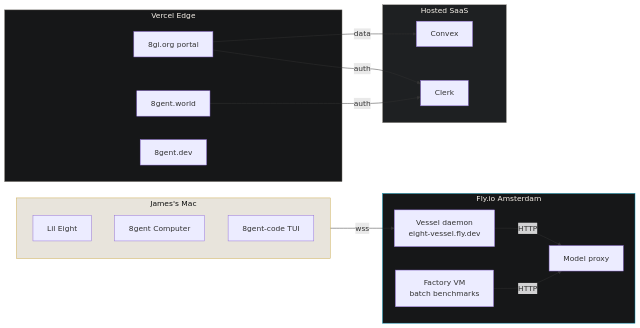
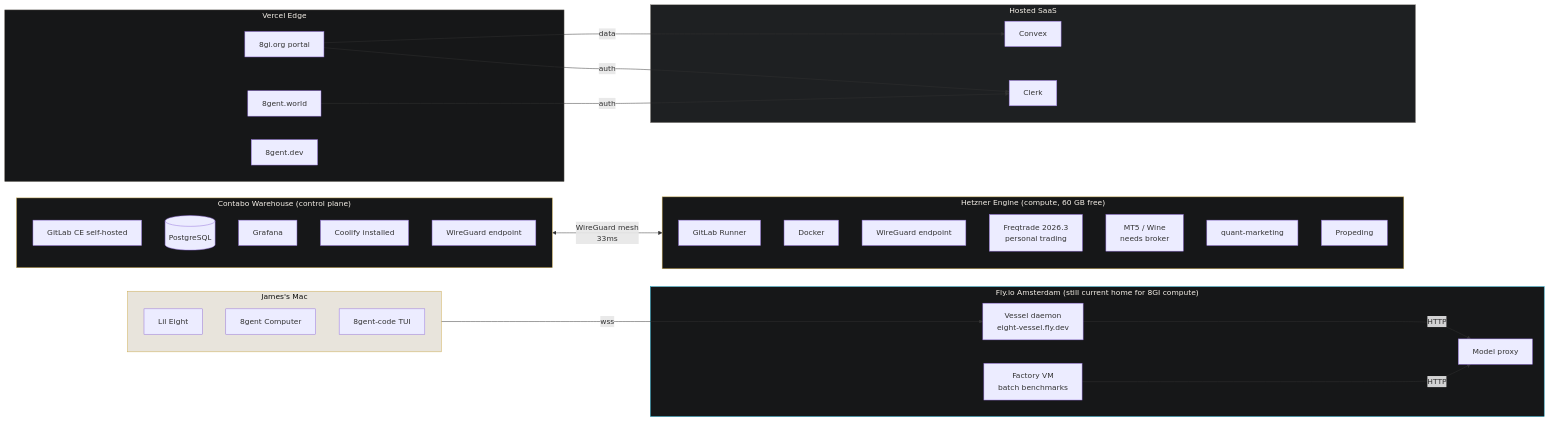
The first of 5 diagrams in docs/prd/hetzner-coolify-migration.md (8gi-foundation/8gent-code), drawn with Mermaid before and after one commit. The commit also changed other lines of this file, not shown here.

First line of the commit message:
docs(prd): Hetzner plan v3 - corrected current state, proprietary-centric, business model

````diff
--- a/docs/prd/hetzner-coolify-migration.md
+++ b/docs/prd/hetzner-coolify-migration.md
@@ -82,38 +109,65 @@
 ```mermaid
 flowchart LR
   subgraph Mac["James's Mac"]
     LE[Lil Eight]
     GC[8gent Computer]
     TUI[8gent-code TUI]
   end
-  subgraph Fly["Fly.io Amsterdam"]
+
+  subgraph Contabo["Contabo Warehouse (control plane)"]
+    direction TB
+    GL[GitLab CE self-hosted]
+    PG[(PostgreSQL)]
+    GRF[Grafana]
+    COO[Coolify installed]
+    WG1[WireGuard endpoint]
+  end
+
+  subgraph Hetz["Hetzner Engine (compute, 60 GB free)"]
+    direction TB
+    GLR[GitLab Runner]
+    DKR[Docker]
+    WG2[WireGuard endpoint]
+    FRQ[Freqtrade 2026.3<br/>personal trading]
+    MT5[MT5 / Wine<br/>needs broker]
+    QM[quant-marketing]
+    PRP[Propeding]
+  end
+
+  subgraph Fly["Fly.io Amsterdam (still current home for 8GI compute)"]
     V[Vessel daemon<br/>eight-vessel.fly.dev]
     F[Factory VM<br/>batch benchmarks]
     MP1[Model proxy]
   end
+
   subgraph Vercel["Vercel Edge"]
     W[8gent.world]
     P[8gi.org portal]
     D[8gent.dev]
   end
+
   subgraph SaaS["Hosted SaaS"]
     CX[Convex]
     CL[Clerk]
   end
 
   Mac -- wss --> V
   V -- HTTP --> MP1
   F -- HTTP --> MP1
+  WG1 <-- WireGuard mesh<br/>33ms --> WG2
   P -- auth --> CL
   P -- data --> CX
   W -- auth --> CL
 
   classDef mac fill:#E8E4DC,stroke:#C9A84C,color:#0E0F0F
   classDef fly fill:#161718,stroke:#0891B2,color:#F5F0E8
   classDef vercel fill:#161718,stroke:#5C5751,color:#F5F0E8
   classDef saas fill:#1E2022,stroke:#9A9590,color:#F5F0E8
+  classDef mesh fill:#161718,stroke:#C9A84C,color:#F5F0E8
   class Mac mac
+  class Contabo mesh
+  class Hetz mesh
   class Fly fly
   class Vercel vercel
   class SaaS saas
 ```
````
